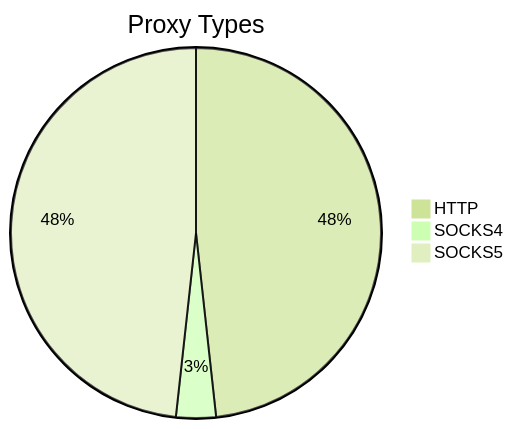
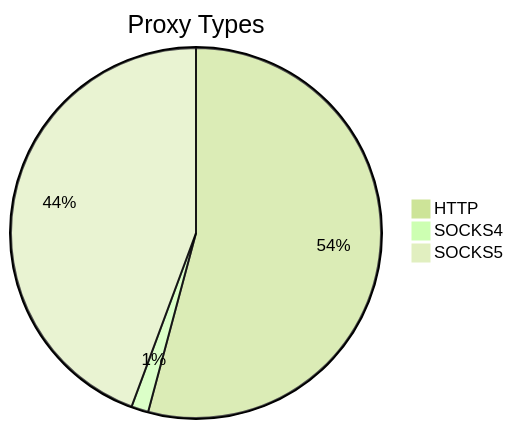
The first of 2 diagrams in README.md (stormsia/proxy-list), drawn with Mermaid (forest theme) before and after one commit. The commit also changed other lines of this file, not shown here.

````diff
--- a/README.md
+++ b/README.md
@@ -21,6 +21,6 @@
 ```mermaid
 pie title Proxy Types
-    "HTTP" : 514
-    "SOCKS4" : 37
-    "SOCKS5" : 514
+    "HTTP" : 618
+    "SOCKS4" : 17
+    "SOCKS5" : 506
 ```
````
